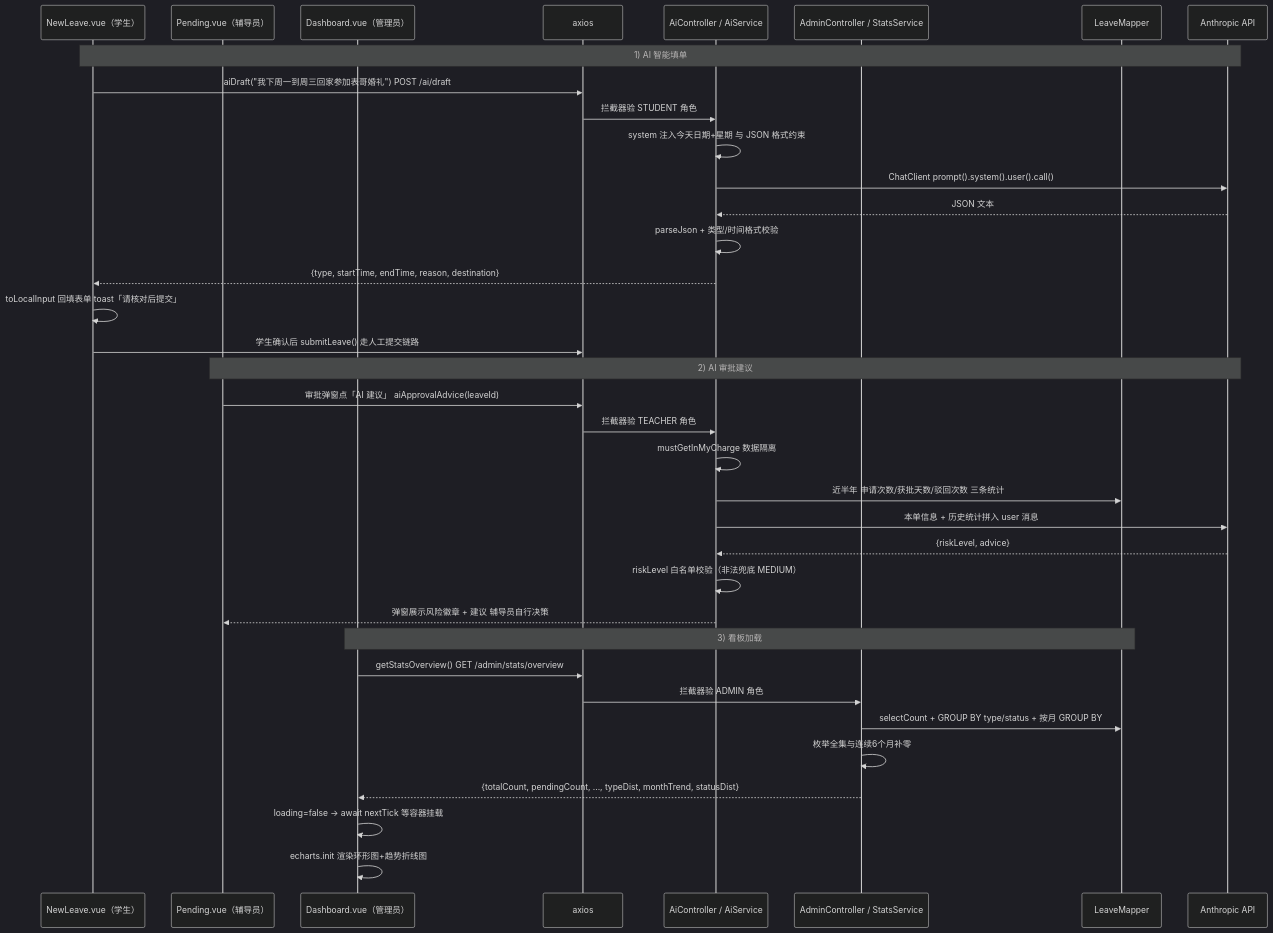
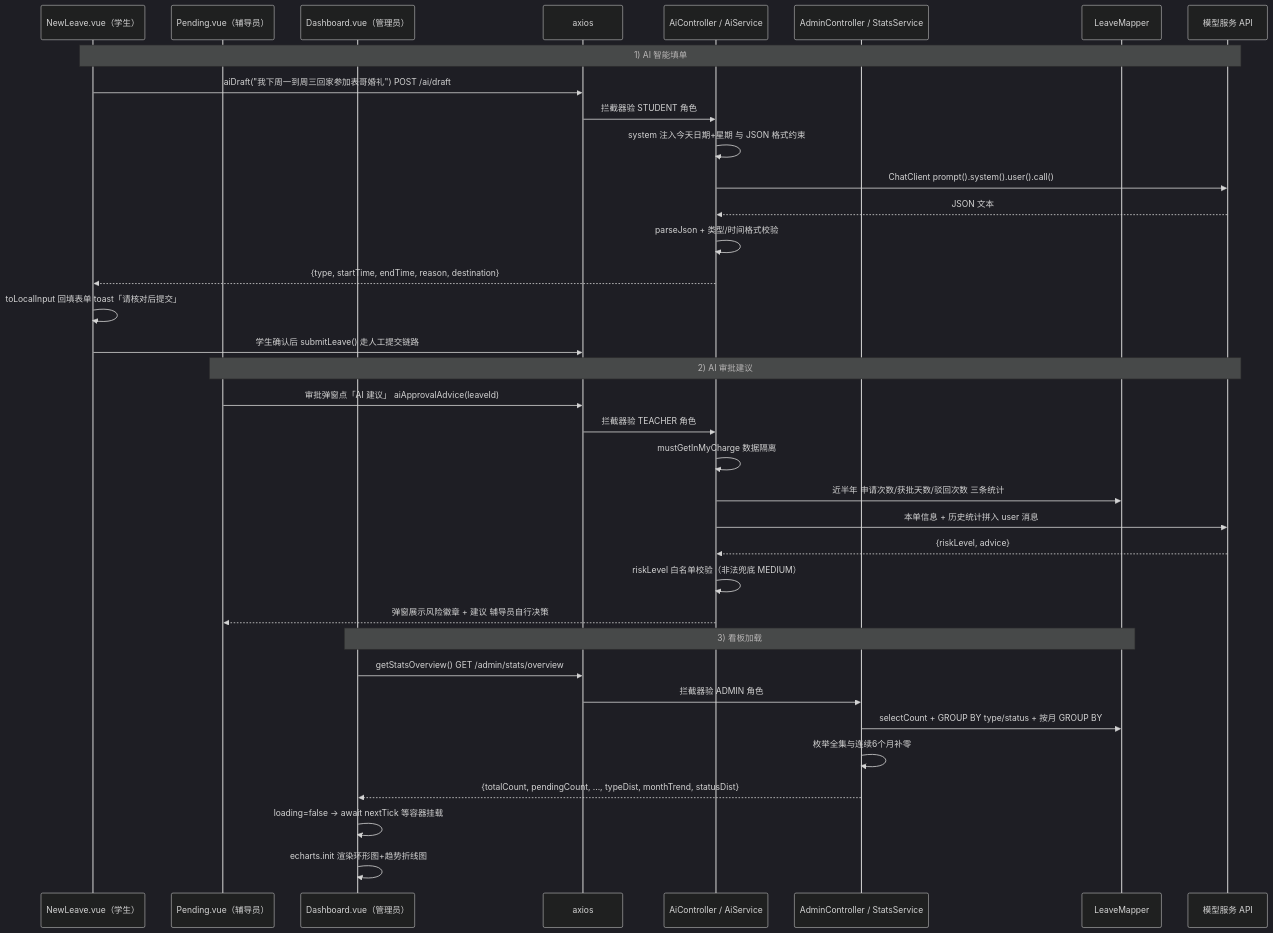
One commit to lonelymeko/student-leave-system changed the third of 3 diagrams in docs/modules/03-AI智能助手与统计分析模块.md. Above: the diagram before and after it, drawn with Mermaid (dark theme). The commit also changed other lines of this file and 6 other files, not shown here.

````diff
--- a/docs/modules/03-AI智能助手与统计分析模块.md
+++ b/docs/modules/03-AI智能助手与统计分析模块.md
@@ -101,41 +102,41 @@
 ```mermaid
 sequenceDiagram
     participant NV as NewLeave.vue（学生）
     participant PV as Pending.vue（辅导员）
     participant DV as Dashboard.vue（管理员）
     participant X as axios
     participant AI as AiController / AiService
     participant AD as AdminController / StatsService
     participant M as LeaveMapper
-    participant LLM as Anthropic API
+    participant LLM as 模型服务 API
 
     Note over NV,LLM: 1) AI 智能填单
     NV->>X: aiDraft("我下周一到周三回家参加表哥婚礼") POST /ai/draft
     X->>AI: 拦截器验 STUDENT 角色
     AI->>AI: system 注入今天日期+星期 与 JSON 格式约束
     AI->>LLM: ChatClient prompt().system().user().call()
     LLM-->>AI: JSON 文本
     AI->>AI: parseJson + 类型/时间格式校验
     AI-->>NV: {type, startTime, endTime, reason, destination}
     NV->>NV: toLocalInput 回填表单 toast「请核对后提交」
     NV->>X: 学生确认后 submitLeave() 走人工提交链路
 
     Note over PV,LLM: 2) AI 审批建议
     PV->>X: 审批弹窗点「AI 建议」 aiApprovalAdvice(leaveId)
     X->>AI: 拦截器验 TEACHER 角色
     AI->>AI: mustGetInMyCharge 数据隔离
     AI->>M: 近半年 申请次数/获批天数/驳回次数 三条统计
     AI->>LLM: 本单信息 + 历史统计拼入 user 消息
     LLM-->>AI: {riskLevel, advice}
     AI->>AI: riskLevel 白名单校验（非法兜底 MEDIUM）
     AI-->>PV: 弹窗展示风险徽章 + 建议 辅导员自行决策
 
     Note over DV,M: 3) 看板加载
     DV->>X: getStatsOverview() GET /admin/stats/overview
     X->>AD: 拦截器验 ADMIN 角色
     AD->>M: selectCount + GROUP BY type/status + 按月 GROUP BY
     AD->>AD: 枚举全集与连续6个月补零
     AD-->>DV: {totalCount, pendingCount, ..., typeDist, monthTrend, statusDist}
     DV->>DV: loading=false → await nextTick 等容器挂载
     DV->>DV: echarts.init 渲染环形图+趋势折线图
 ```
````
